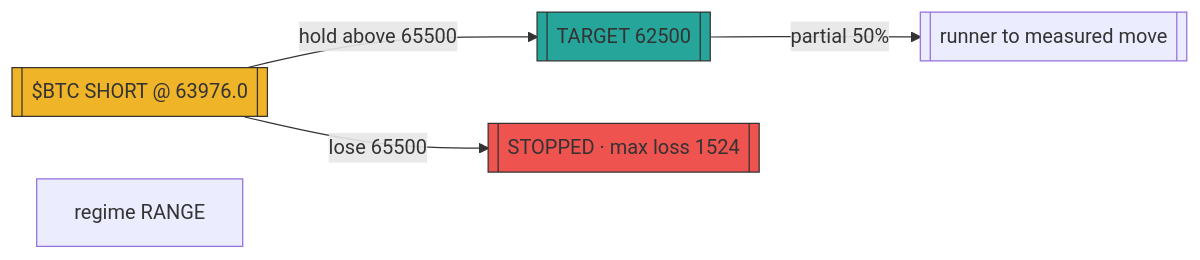
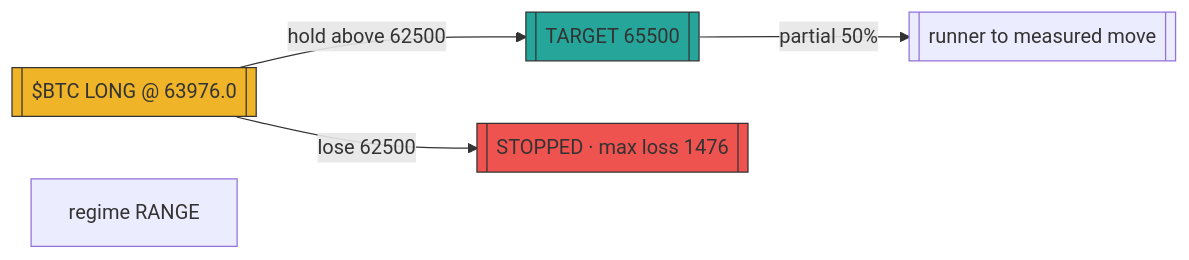
The diagram in astronomer/data/proveout_posts_astronomer_zero/2074297807608177127.mmd (prx0r/BEAR), drawn with Mermaid before and after one commit. The commit also changed 586 other files, not shown here.

```diff
--- a/astronomer/data/proveout_posts_astronomer_zero/2074297807608177127.mmd
+++ b/astronomer/data/proveout_posts_astronomer_zero/2074297807608177127.mmd
@@ -1,9 +1,9 @@
 flowchart LR
-    sig[["$BTC SHORT @ 63976.0"]]
-    sig -->|"hold above 65500"| tgt[["TARGET 62500"]]
-    sig -->|"lose 65500"| stp[["STOPPED · max loss 1524"]]
+    sig[["$BTC LONG @ 63976.0"]]
+    sig -->|"hold above 62500"| tgt[["TARGET 65500"]]
+    sig -->|"lose 62500"| stp[["STOPPED · max loss 1476"]]
     tgt -->|"partial 50%"| t2[["runner to measured move"]]
     style sig fill:#f0b429,stroke:#333
     style tgt fill:#26a69a,stroke:#333
     style stp fill:#ef5350,stroke:#333
     sub["regime RANGE" ]
```
